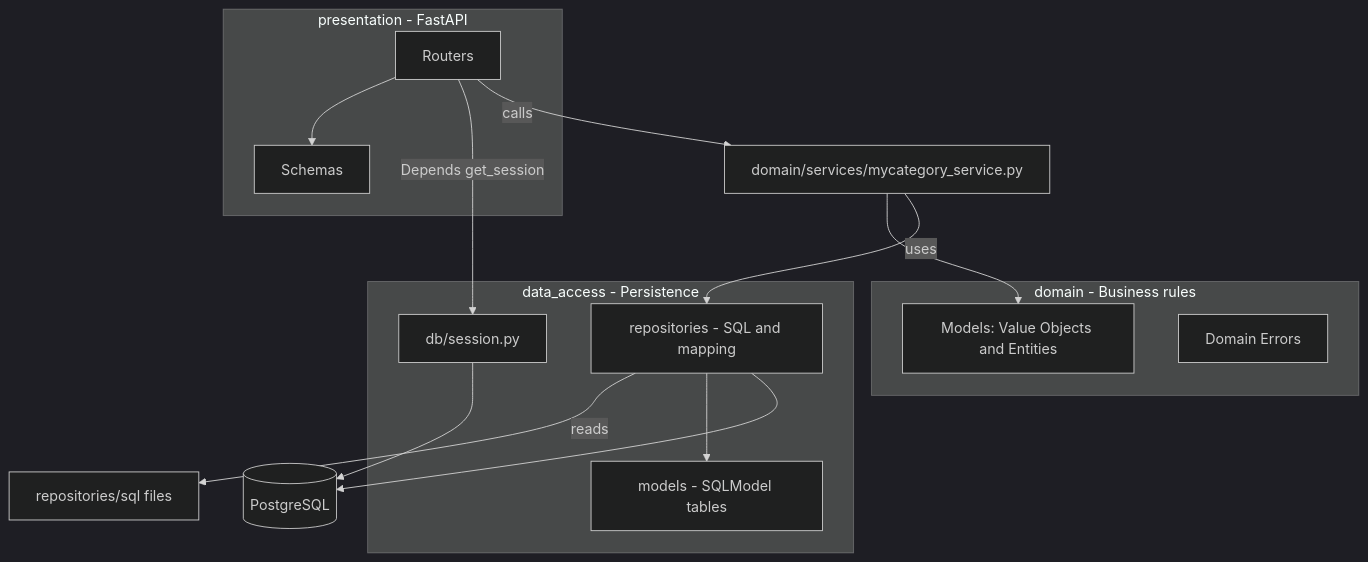
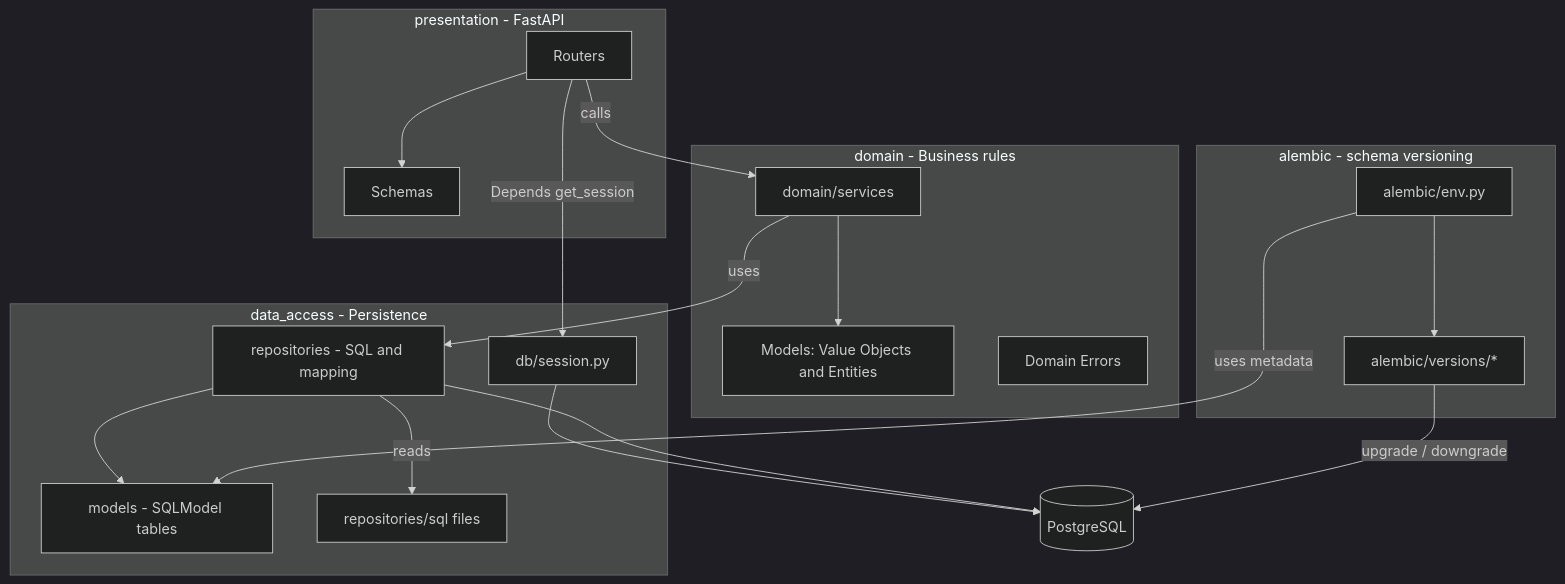
Before and after one commit to qdtsynagae/sample: the first of 2 diagrams in docs/architecture.md, drawn with Mermaid (dark theme).

````diff
--- a/docs/architecture.md
+++ b/docs/architecture.md
@@ -7,30 +7,44 @@
 ```mermaid
 flowchart TB
   subgraph Presentation[presentation - FastAPI]
     R[Routers]
     S[Schemas]
   end
 
   subgraph Domain[domain - Business rules]
     M[Models: Value Objects and Entities]
     E[Domain Errors]
+    SV[domain/services]
   end
 
   subgraph DataAccess[data_access - Persistence]
     DB[db/session.py]
     T[models - SQLModel tables]
     Repo[repositories - SQL and mapping]
+    SQLF[repositories/sql files]
+  end
+
+  subgraph Migrations[alembic - schema versioning]
+    A1[alembic/env.py]
+    A2[alembic/versions/*]
   end
 
   R --> S
   R -->|Depends get_session| DB
-  R -->|calls| SV[domain/services/mycategory_service.py]
+  R -->|calls| SV
 
   SV --> M
   SV -->|uses| Repo
-  Repo -->|reads| SQLF[repositories/sql files]
+  Repo -->|reads| SQLF
   Repo --> T
+
   DB --> PG[(PostgreSQL)]
   Repo --> PG
 
+  %% migrations path (operational)
+  A1 --> A2
+  A2 -->|upgrade / downgrade| PG
+  A1 -->|uses metadata| T
+
+
 ```
````
